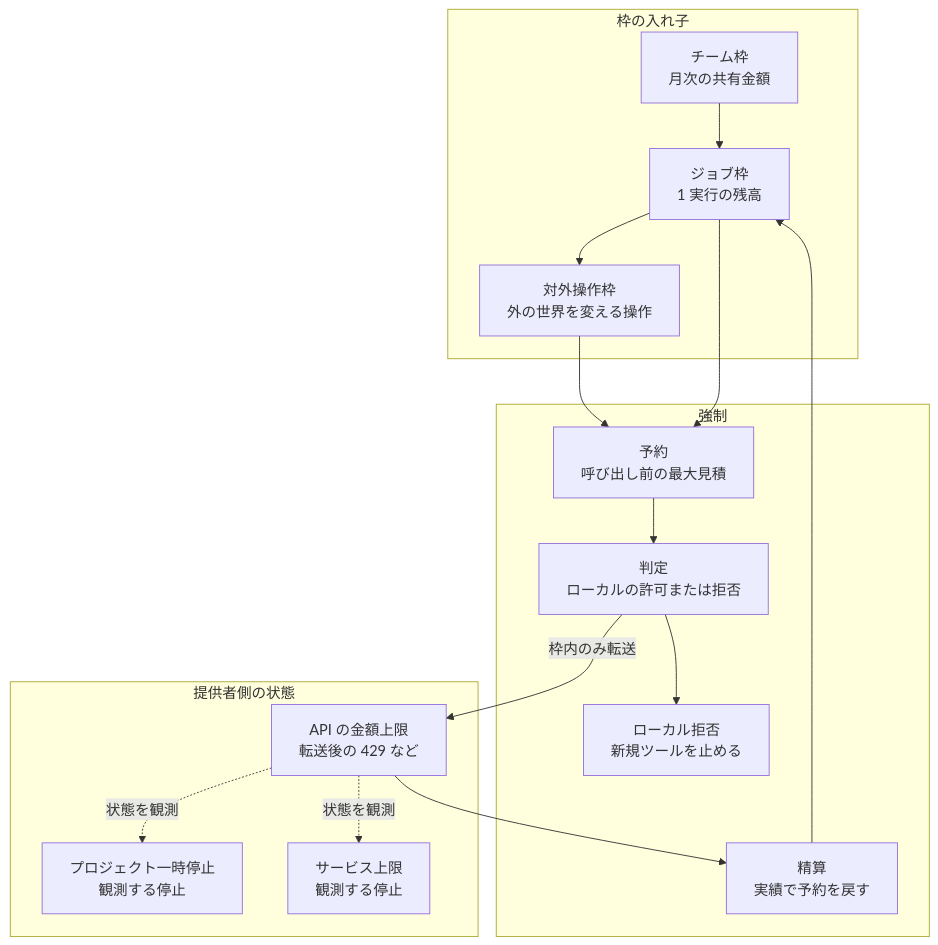
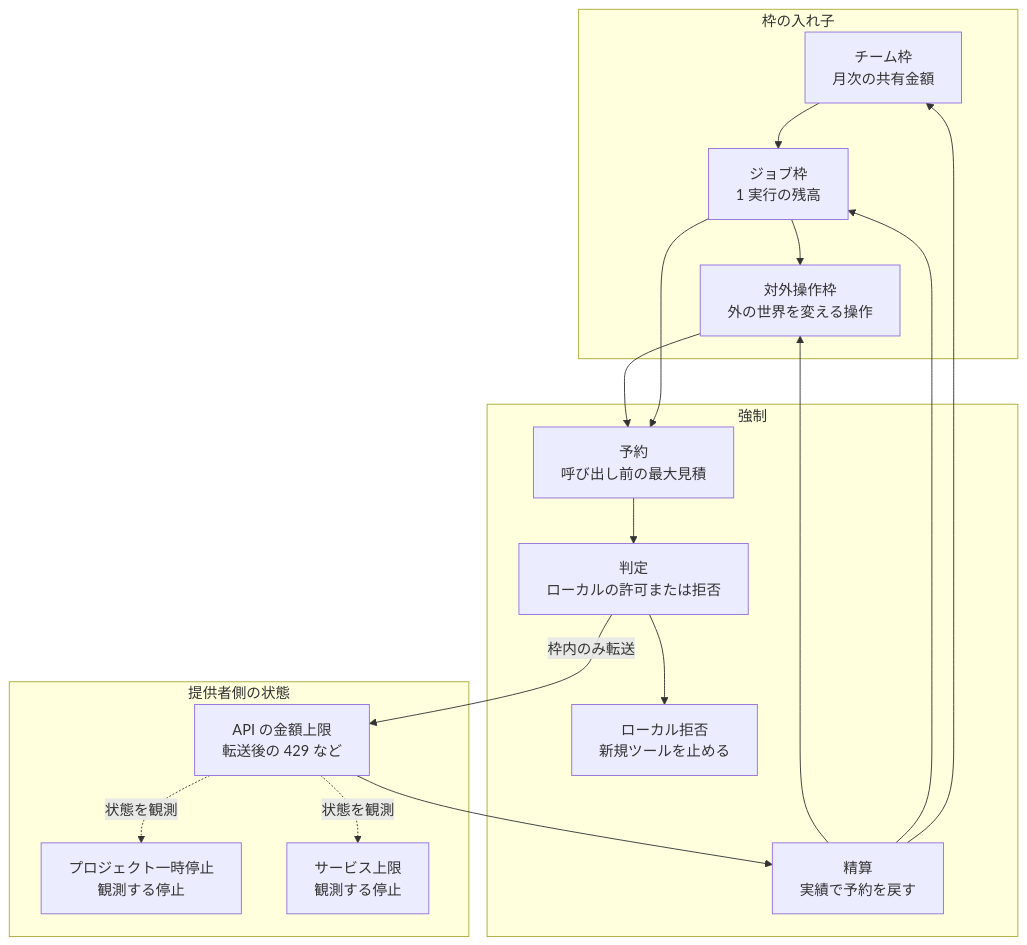
The second of 6 diagrams in articles/api-simonwillison-2026-oct-p4_20261005.md (suwa-sh/zenn-contents), drawn with Mermaid before and after one commit. The commit also changed other lines of this file and 1 other file, not shown here.

````diff
--- a/articles/api-simonwillison-2026-oct-p4_20261005.md
+++ b/articles/api-simonwillison-2026-oct-p4_20261005.md
@@ -106,30 +109,32 @@
 ```mermaid
 flowchart TB
     subgraph scopes["枠の入れ子"]
         teamCap["チーム枠<br/>月次の共有金額"]
         jobCap["ジョブ枠<br/>1 実行の残高"]
         externalCap["対外操作枠<br/>外の世界を変える操作"]
     end
     subgraph enforce["強制"]
         reserve["予約<br/>呼び出し前の最大見積"]
         decide["判定<br/>ローカルの許可または拒否"]
         localDeny["ローカル拒否<br/>新規ツールを止める"]
         settle["精算<br/>実績で予約を戻す"]
     end
     subgraph providers["提供者側の状態"]
         apiHard["API の金額上限<br/>転送後の 429 など"]
         projectPause["プロジェクト一時停止<br/>観測する停止"]
         serviceCap["サービス上限<br/>観測する停止"]
     end
     teamCap --> jobCap
     jobCap --> externalCap
     jobCap --> reserve
     externalCap --> reserve
     reserve --> decide
     decide --> localDeny
     decide -->|"枠内のみ転送"| apiHard
     apiHard -.->|"状態を観測"| projectPause
     apiHard -.->|"状態を観測"| serviceCap
     apiHard --> settle
+    settle --> teamCap
     settle --> jobCap
+    settle --> externalCap
 ```
````
